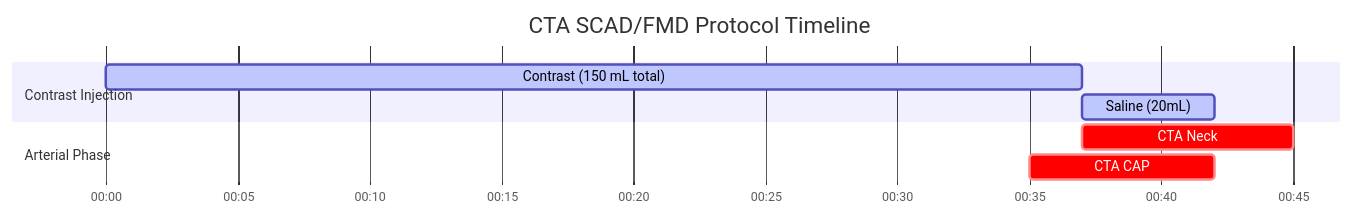
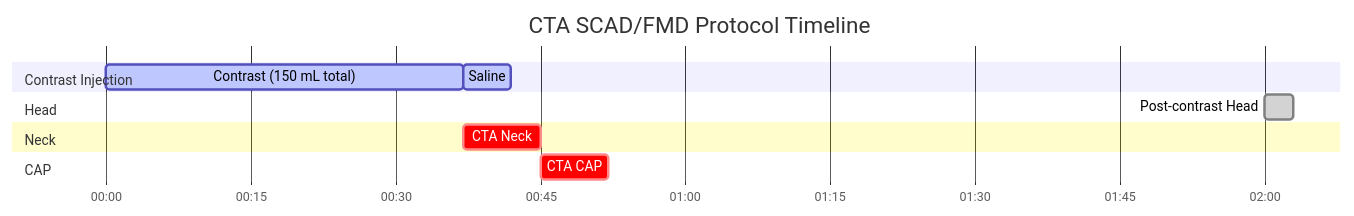
The diagram in docs/ct/vascular/cta-scadfmd-protocol.md (dfergs93/radiology-protocols), drawn with Mermaid before and after one commit. The commit also changed other lines of this file and 101 other files, not shown here.

````diff
--- a/docs/ct/vascular/cta-scadfmd-protocol.md
+++ b/docs/ct/vascular/cta-scadfmd-protocol.md
@@ -86,18 +87,22 @@
   ```mermaid
   ---
+  displayMode: compact
   config:
     theme: default
+    themeCSS: " #Saline{ fill: #4ed5ff; stroke: #2094f3; } "
   ---
     gantt
       title CTA SCAD/FMD Protocol Timeline
       dateFormat mm:ss
       axisFormat %M:%S 
       
       section Contrast Injection
       Contrast (150 mL total)    :active, contrast, 00:00, 37s
-      Saline (20mL)          :active, saline, after contrast, 5s
-      section Arterial Phase
-      CTA Neck    :crit, scan1, after contrast, 8s
-      section Arterial Phase
-      CTA CAP    :crit, scan2, 00:35, 7s
+      Saline          :active, saline, after contrast, 5s
+      section Head
+      Post-contrast Head    :done, scan1, 02:00, 3s
+      section Neck
+      CTA Neck    :crit, scan2, after contrast, 8s
+      section CAP
+      CTA CAP    :crit, scan3, 00:45, 7s
   ```
````
